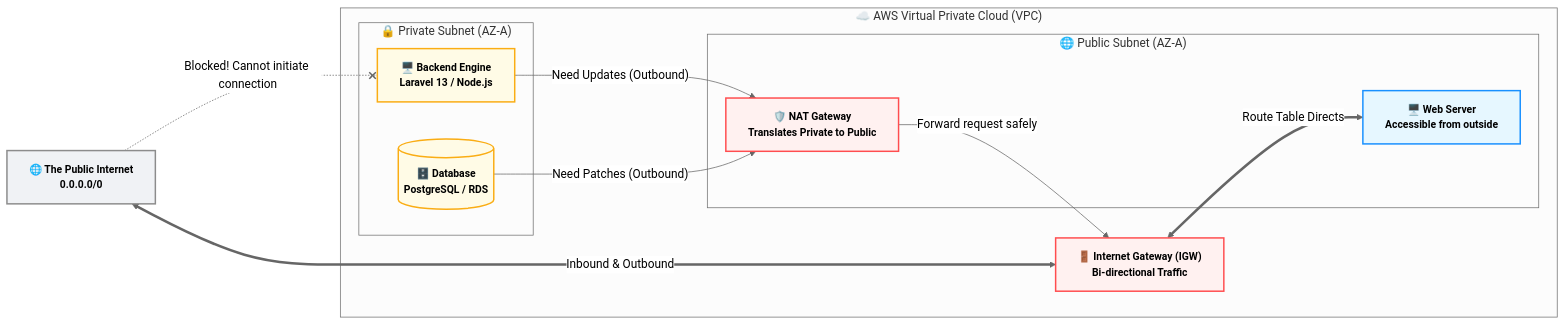
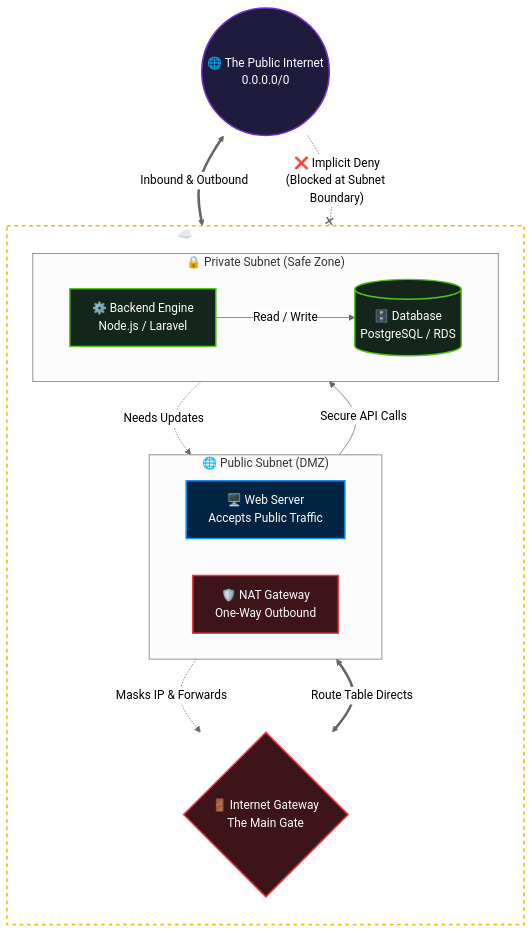
Diagram 28 of 48 in Domain 3.md (muhammad-khaled-tech/My-Study-Notes), drawn with Mermaid (neutral theme) before and after one commit. The commit also changed 2 other files, not shown here.

Commit message:
vault backup: 2026-06-04 21:26:14

````diff
--- a/Domain 3.md
+++ b/Domain 3.md
@@ -3022,47 +3022,47 @@
 ```mermaid
-flowchart LR
+flowchart TD
 
-%% Global Styling
-classDef default font-weight:bold,font-size:14px,stroke-width:2px;
-classDef internet fill:#f0f2f5,stroke:#8c8c8c,color:#000;
-classDef gateway fill:#fff1f0,stroke:#ff4d4f,color:#000;
-classDef public fill:#e6f7ff,stroke:#1890ff,color:#000;
-classDef private fill:#fffbe6,stroke:#faad14,color:#000;
+    %% ستايلات الألوان الاحترافية للمظهر الداكن
+    classDef internet fill:#1e1b3d,stroke:#722ed1,color:#fff,stroke-width:2px;
+    classDef gateway fill:#3d1418,stroke:#e63946,color:#fff,stroke-width:2px;
+    classDef public fill:#002342,stroke:#1890ff,color:#fff,stroke-width:2px;
+    classDef private fill:#14251c,stroke:#52c41a,color:#fff,stroke-width:2px;
+    classDef vpc fill:transparent,stroke:#faad14,stroke-width:2px,stroke-dasharray: 5 5,color:#fff;
 
-Internet["🌐 The Public Internet<br/>0.0.0.0/0"]
+    Internet(("🌐 The Public Internet<br>0.0.0.0/0")):::internet
 
-subgraph AWS_VPC ["☁️ AWS Virtual Private Cloud (VPC)"]
-    
-    IGW["🚪 Internet Gateway (IGW)<br/>Bi-directional Traffic"]
+    subgraph AWS_VPC ["☁️ AWS VPC (Your Secure Cloud)"]
+        direction TB
+        
+        IGW{"🚪 Internet Gateway<br>The Main Gate"}:::gateway
 
-    subgraph Pub_Subnet ["🌐 Public Subnet (AZ-A)"]
-        NAT["🛡️ NAT Gateway<br/>Translates Private to Public"]
-        WebServer["🖥️ Web Server<br/>Accessible from outside"]
+        subgraph Pub_Subnet ["🌐 Public Subnet (DMZ)"]
+            direction LR
+            WebServer["🖥️ Web Server<br>Accepts Public Traffic"]:::public
+            NAT["🛡️ NAT Gateway<br>One-Way Outbound"]:::gateway
+        end
+
+        subgraph Priv_Subnet ["🔒 Private Subnet (Safe Zone)"]
+            direction LR
+            Backend["⚙️ Backend Engine<br>Node.js / Laravel"]:::private
+            DB[("🗄️ Database<br>PostgreSQL / RDS")]:::private
+        end
     end
 
-    subgraph Priv_Subnet ["🔒 Private Subnet (AZ-A)"]
-        Backend["🖥️ Backend Engine<br/>Laravel 13 / Node.js"]
-        DB[("🗄️ Database<br/>PostgreSQL / RDS")]
-    end
+    %% مسار الترافيك العام (الأسهم المزدوجة العريضة)
+    Internet <==>|"Inbound & Outbound"| IGW
+    IGW <==>|"Route Table Directs"| WebServer
 
-end
+    %% مسار الترافيك الداخلي
+    WebServer -->|"Secure API Calls"| Backend
+    Backend -->|"Read / Write"| DB
 
-%% Connections defined entirely outside subgraphs - FIXED ARROWS
-Internet <==>|"Inbound & Outbound"| IGW
-IGW <==>|"Route Table Directs"| WebServer
+    %% مسار خروج السيرفرات الخاصة للإنترنت (للتحديثات)
+    Backend -.->|"Needs Updates"| NAT
+    NAT -.->|"Masks IP & Forwards"| IGW
 
-%% NAT Gateway Path (Outbound Only)
-Backend -->|"Need Updates (Outbound)"| NAT
-DB -->|"Need Patches (Outbound)"| NAT
-NAT -->|"Forward request safely"| IGW
+    %% مسار الحماية (المنع)
+    Internet -.-x|"❌ Implicit Deny<br>(Blocked at Subnet Boundary)"| Backend
 
-%% Implicit Deny Path
-Internet -.-x|"Blocked! Cannot initiate connection"| Backend
-
-%% Apply Classes
-class Internet internet;
-class IGW gateway;
-class NAT gateway;
-class WebServer public;
-class Backend,DB private;
+    class AWS_VPC vpc;
 ```
````
